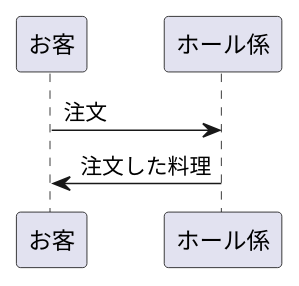
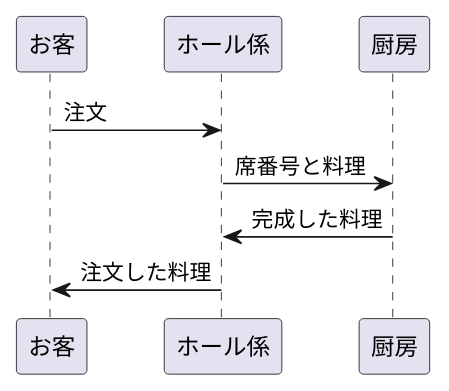
One commit to Aso2001218/2021sys-design changed the diagram in 2第四回レポ.md. Above: the diagram before and after it, drawn with PlantUML.

````diff
--- a/2第四回レポ.md
+++ b/2第四回レポ.md
@@ -1,6 +1,8 @@
 ```uml
 @startuml
 お客->ホール係:注文
+ホール係->厨房:席番号と料理
+厨房->ホール係:完成した料理
 ホール係->お客:注文した料理
 @enduml
 ```
````
